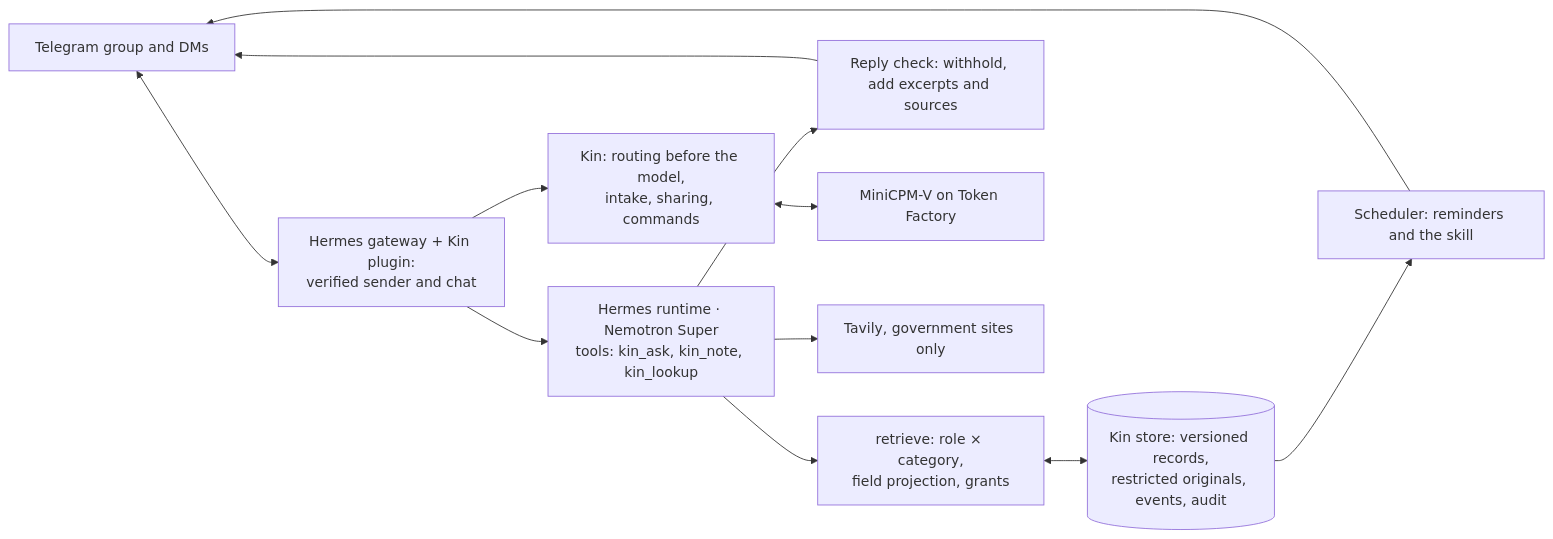
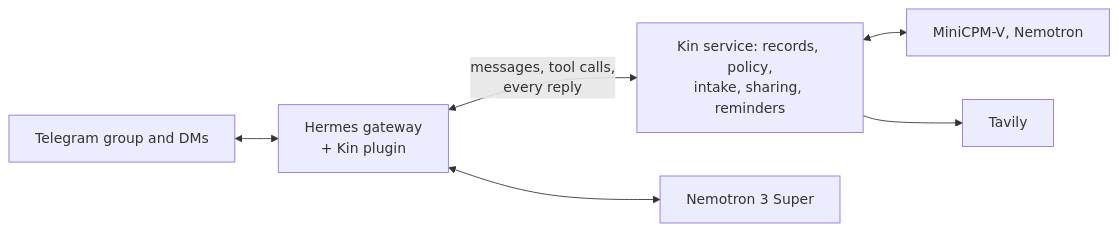
The diagram in README.md (wenhao7/kin), drawn with Mermaid before and after one commit. The commit also changed other lines of this file and 25 other files, not shown here.

````diff
--- a/README.md
+++ b/README.md
@@ -70,14 +44,8 @@
 ```mermaid
 flowchart LR
-    TG[Telegram group and DMs] <--> GW[Hermes gateway + Kin plugin:<br/>verified sender and chat]
-    GW --> IN[Kin: routing before the model,<br/>intake, sharing, commands]
-    GW --> AG[Hermes runtime · Nemotron Super<br/>tools: kin_ask, kin_note, kin_lookup]
-    AG --> RET[retrieve: role × category,<br/>field projection, grants]
-    RET <--> DB[(Kin store: versioned records,<br/>restricted originals, events, audit)]
-    AG --> OUT[Reply check: withhold, add excerpts and sources]
-    OUT --> TG
-    IN <--> VX[MiniCPM-V on Token Factory]
-    DB --> EV[Scheduler: reminders and the skill]
-    EV --> TG
-    AG --> TV[Tavily, government sites only]
+    TG[Telegram group and DMs] <--> GW[Hermes gateway<br/>+ Kin plugin]
+    GW <-->|messages, tool calls,<br/>every reply| KIN[Kin service: records, policy,<br/>intake, sharing, reminders]
+    GW <--> SUP[Nemotron 3 Super]
+    KIN <--> VIS[MiniCPM-V, Nemotron]
+    KIN --> TAV[Tavily]
 ```
````
